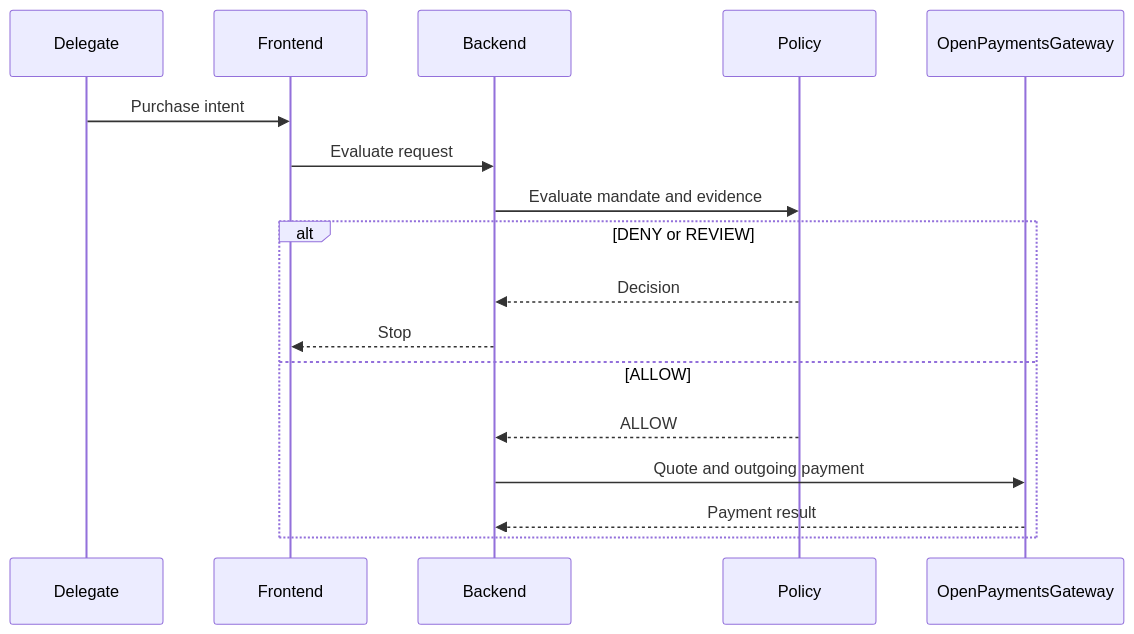
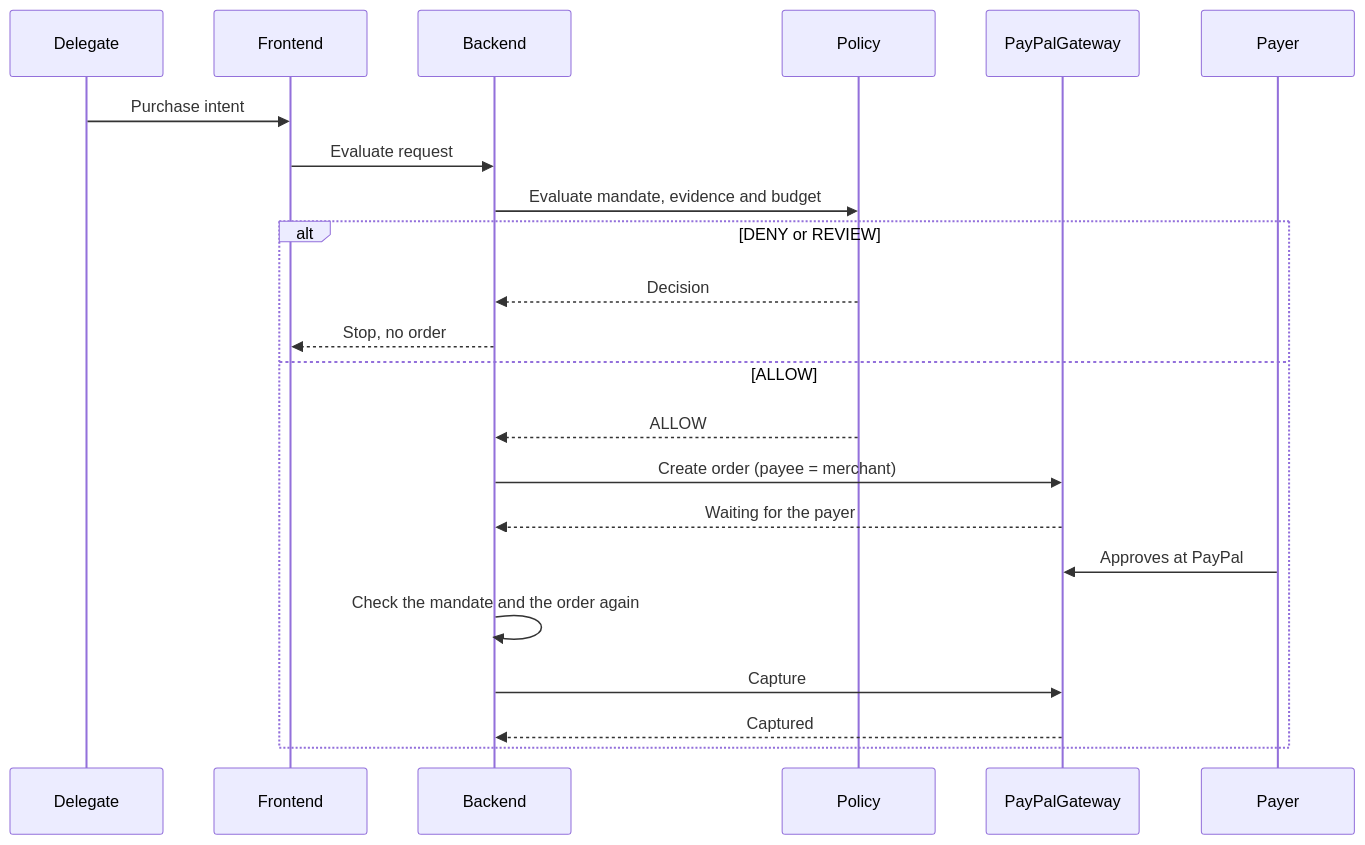
Before and after one commit to Juanqu261/compas-paypal: the fourth of 4 diagrams in docs/03-architecture.md, drawn with Mermaid. The commit also changed other lines of this file and 25 other files, not shown here.

````diff
--- a/docs/03-architecture.md
+++ b/docs/03-architecture.md
@@ -105,20 +106,25 @@
 ```mermaid
 sequenceDiagram
   participant Delegate
   participant Frontend
   participant Backend
   participant Policy
-  participant Gateway as OpenPaymentsGateway
+  participant Gateway as PayPalGateway
+  participant Payer
 
   Delegate->>Frontend: Purchase intent
   Frontend->>Backend: Evaluate request
-  Backend->>Policy: Evaluate mandate and evidence
+  Backend->>Policy: Evaluate mandate, evidence and budget
   alt DENY or REVIEW
     Policy-->>Backend: Decision
-    Backend-->>Frontend: Stop
+    Backend-->>Frontend: Stop, no order
   else ALLOW
     Policy-->>Backend: ALLOW
-    Backend->>Gateway: Quote and outgoing payment
-    Gateway-->>Backend: Payment result
+    Backend->>Gateway: Create order (payee = merchant)
+    Gateway-->>Backend: Waiting for the payer
+    Payer->>Gateway: Approves at PayPal
+    Backend->>Backend: Check the mandate and the order again
+    Backend->>Gateway: Capture
+    Gateway-->>Backend: Captured
   end
 ```
````
